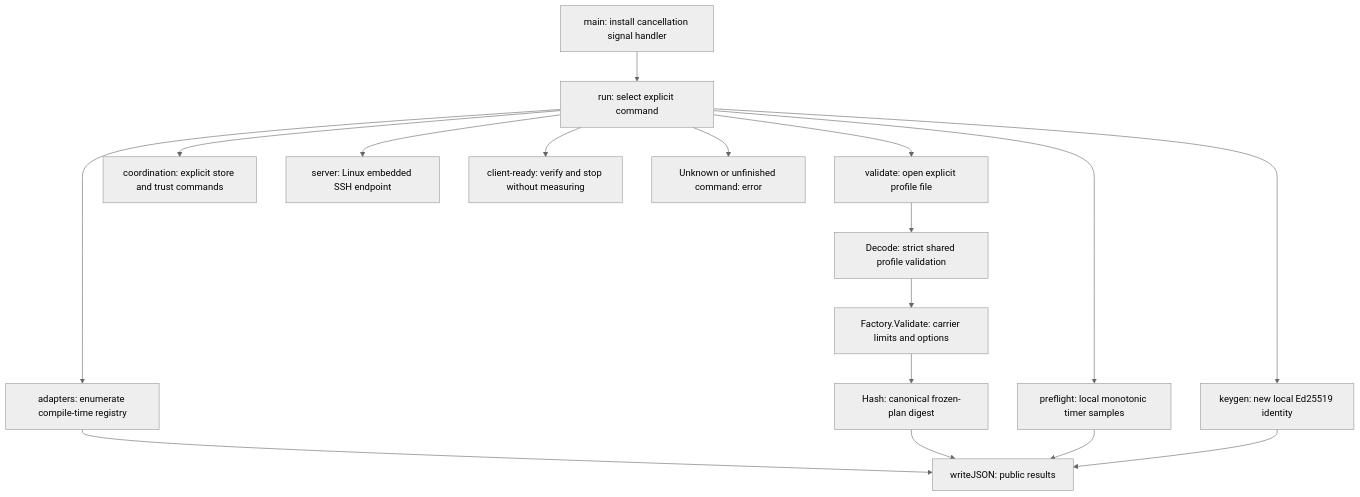
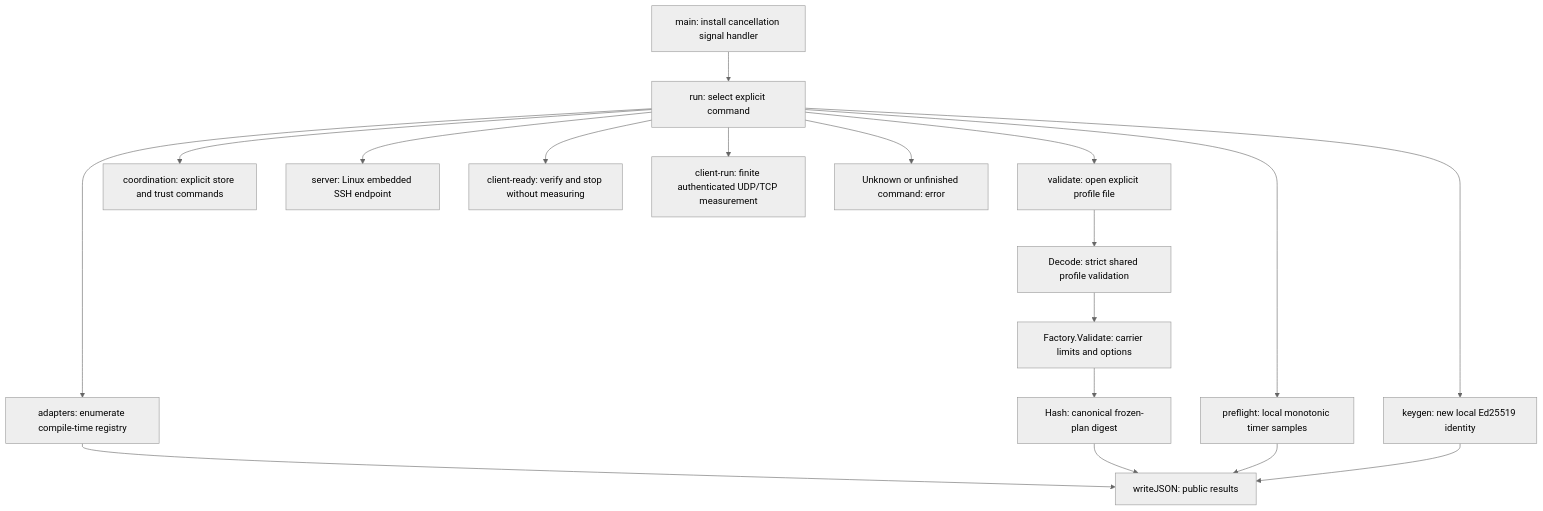
The first of 10 diagrams in FLOWCHART.md (rashidbestry/sneaky-port), drawn with Mermaid (neutral theme) before and after one commit. The commit also changed other lines of this file and 18 other files, not shown here.

````diff
--- a/FLOWCHART.md
+++ b/FLOWCHART.md
@@ -7,19 +7,20 @@
 ```mermaid
 flowchart TD
     A[main: install cancellation signal handler] --> B[run: select explicit command]
     B --> C[adapters: enumerate compile-time registry]
     B --> D[validate: open explicit profile file]
     B --> E[preflight: local monotonic timer samples]
     B --> F[keygen: new local Ed25519 identity]
     B --> P[coordination: explicit store and trust commands]
     B --> Q[server: Linux embedded SSH endpoint]
     B --> R[client-ready: verify and stop without measuring]
+    B --> V[client-run: finite authenticated UDP/TCP measurement]
     B --> G[Unknown or unfinished command: error]
     C --> H[writeJSON: public results]
     D --> I[Decode: strict shared profile validation]
     I --> J[Factory.Validate: carrier limits and options]
     J --> K[Hash: canonical frozen-plan digest]
     K --> H
     E --> H
     F --> H
 ```
````
